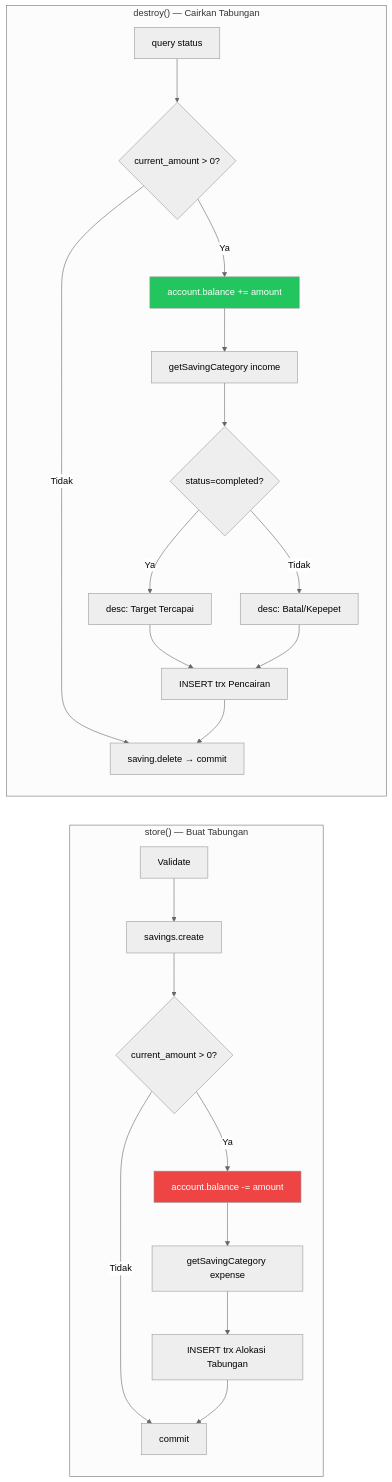
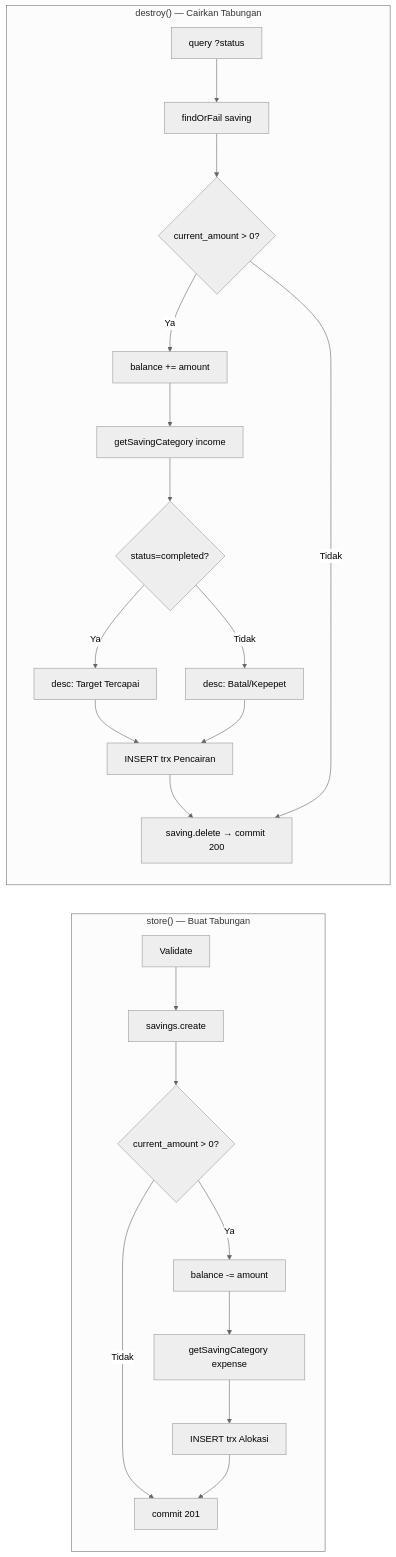
Before and after one commit to JarJel/SQA-project: the second of 2 diagrams in Software Testing Documentation/White Box Testing/Code_Walkthrough.md, drawn with Mermaid (neutral theme). The commit also changed other lines of this file, not shown here.

````diff
--- a/Software Testing Documentation/White Box Testing/Code_Walkthrough.md
+++ b/Software Testing Documentation/White Box Testing/Code_Walkthrough.md
@@ -218,28 +248,25 @@
 ```mermaid
 flowchart LR
     subgraph store["store() — Buat Tabungan"]
         S1[Validate] --> S2[savings.create]
         S2 --> S3{current_amount > 0?}
-        S3 -- Ya --> S4[account.balance -= amount]
+        S3 -- Ya --> S4[balance -= amount]
         S4 --> S5[getSavingCategory expense]
-        S5 --> S6[INSERT trx Alokasi Tabungan]
-        S3 -- Tidak --> S7[commit]
+        S5 --> S6[INSERT trx Alokasi]
+        S3 -- Tidak --> S7[commit 201]
         S6 --> S7
     end
 
     subgraph destroy["destroy() — Cairkan Tabungan"]
-        D1[query status] --> D2{current_amount > 0?}
-        D2 -- Ya --> D3[account.balance += amount]
-        D3 --> D4[getSavingCategory income]
-        D4 --> D5{status=completed?}
-        D5 -- Ya --> D6[desc: Target Tercapai]
-        D5 -- Tidak --> D7[desc: Batal/Kepepet]
-        D6 --> D8[INSERT trx Pencairan]
-        D7 --> D8
-        D2 -- Tidak --> D9[saving.delete]
-        D8 --> D9[saving.delete → commit]
+        D1[query ?status] --> D2[findOrFail saving]
+        D2 --> D3{current_amount > 0?}
+        D3 -- Ya --> D4[balance += amount]
+        D4 --> D5[getSavingCategory income]
+        D5 --> D6{status=completed?}
+        D6 -- Ya --> D7[desc: Target Tercapai]
+        D6 -- Tidak --> D8[desc: Batal/Kepepet]
+        D7 & D8 --> D9[INSERT trx Pencairan]
+        D9 --> D10[saving.delete → commit 200]
+        D3 -- Tidak --> D10
     end
-
-    style S4 fill:#ef4444,color:#fff
-    style D3 fill:#22c55e,color:#fff
 ```
````
